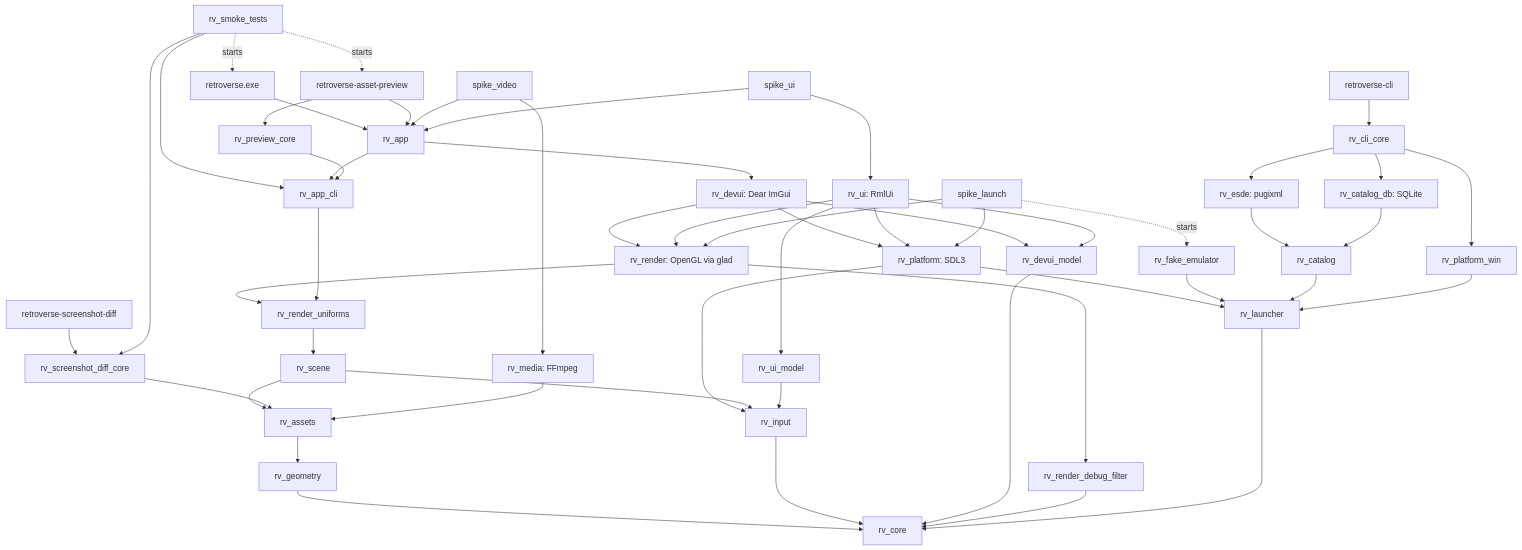
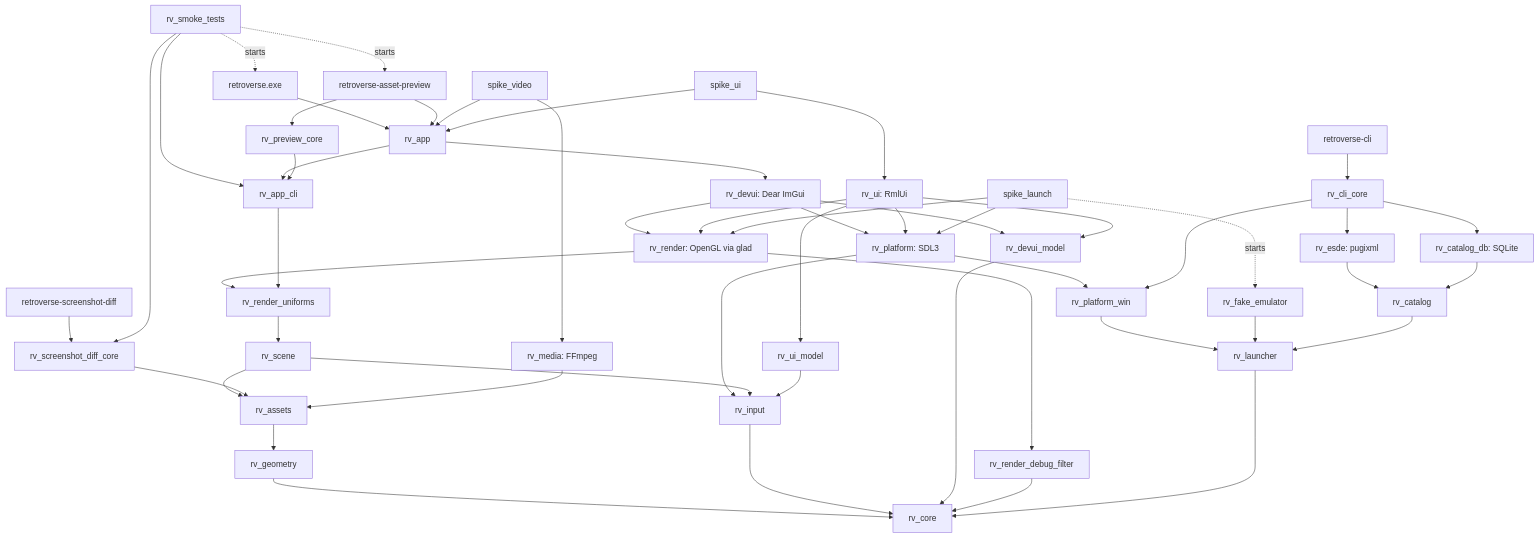
Before and after one commit to pingumen96/retroverse: the diagram in docs/architecture.md, drawn with Mermaid. The commit also changed other lines of this file and 100 other files, not shown here.

````diff
--- a/docs/architecture.md
+++ b/docs/architecture.md
@@ -69,54 +70,54 @@
 ```mermaid
 flowchart TD
     retroverse[retroverse.exe] --> app[rv_app]
     preview[retroverse-asset-preview] --> app
     preview --> previewCore[rv_preview_core]
     diffTool[retroverse-screenshot-diff] --> diffCore[rv_screenshot_diff_core]
     smoke[rv_smoke_tests] -. starts .-> retroverse
     smoke -. starts .-> preview
     smoke --> diffCore
     smoke --> appCli
     app --> devui[rv_devui: Dear ImGui]
     app --> appCli[rv_app_cli]
     devui --> render[rv_render: OpenGL via glad]
     devui --> platform[rv_platform: SDL3]
     devui --> devuiModel[rv_devui_model]
     render --> uniforms[rv_render_uniforms]
     render --> debugFilter[rv_render_debug_filter]
     previewCore --> appCli
     appCli --> uniforms
     uniforms --> scene[rv_scene]
     platform --> input[rv_input]
     scene --> assets[rv_assets]
     scene --> input
     diffCore --> assets
     assets --> geometry[rv_geometry]
     geometry --> core[rv_core]
     input --> core
     devuiModel --> core
     debugFilter --> core
     spikeVideo[spike_video] --> app
     spikeVideo --> media[rv_media: FFmpeg]
     media --> assets
     spikeUi[spike_ui] --> ui[rv_ui: RmlUi]
     spikeUi --> app
     ui --> uiModel[rv_ui_model]
     ui --> render
     ui --> platform
     ui --> devuiModel
     uiModel --> input
     spikeLaunch[spike_launch] --> platform
     spikeLaunch --> render
     spikeLaunch -. starts .-> fakeEmulator[rv_fake_emulator]
-    platform --> launcher[rv_launcher]
+    platform --> platformWin[rv_platform_win]
+    platformWin --> launcher[rv_launcher]
     fakeEmulator --> launcher
     launcher --> core
     cli[retroverse-cli] --> cliCore[rv_cli_core]
     cliCore --> esde[rv_esde: pugixml]
     cliCore --> catalogDb[rv_catalog_db: SQLite]
-    cliCore --> platformWin[rv_platform_win]
+    cliCore --> platformWin
     esde --> catalog[rv_catalog]
     catalogDb --> catalog
     catalog --> launcher
-    platformWin --> launcher
 ```
````
